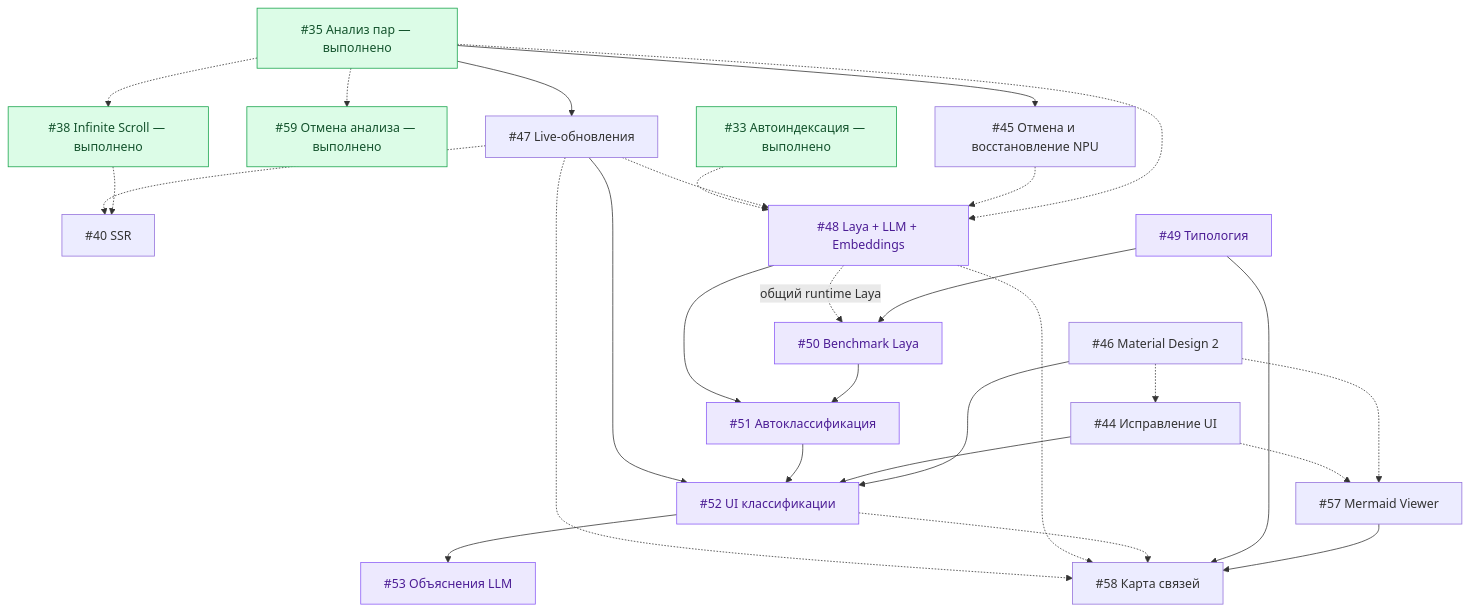
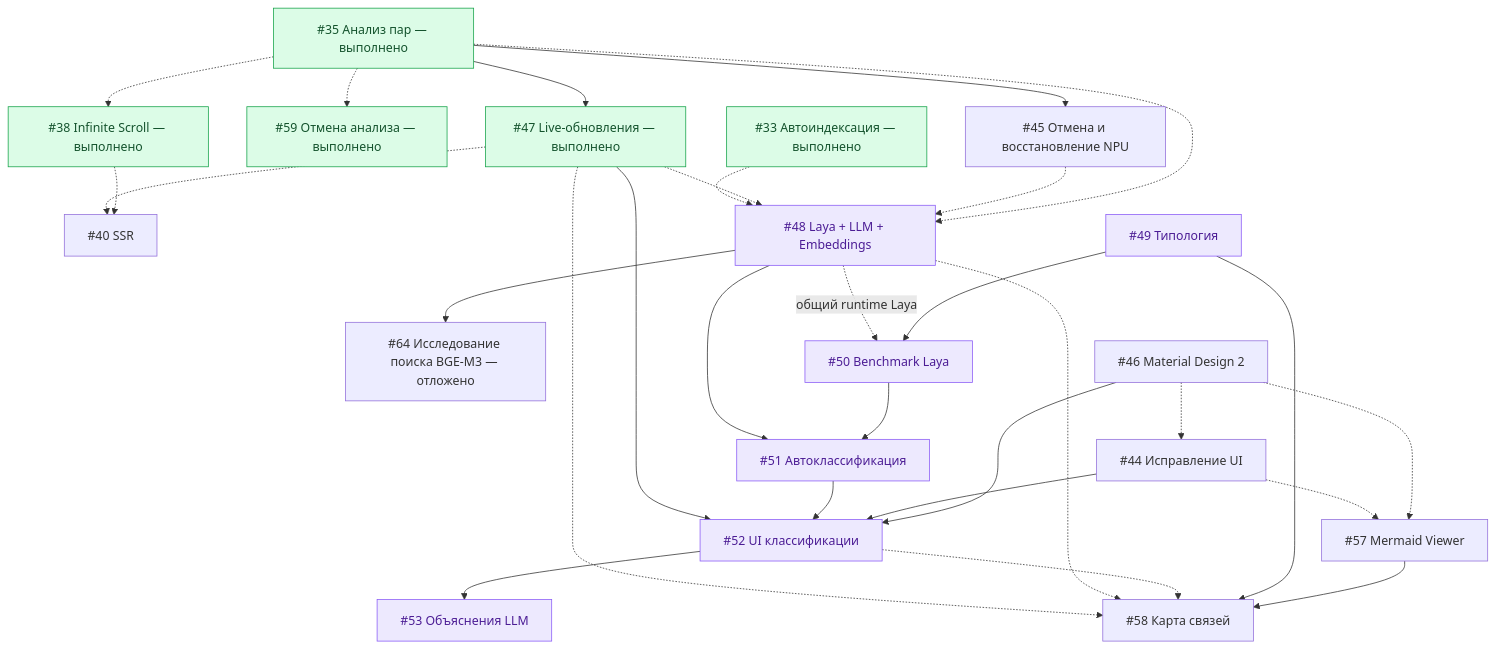
One commit to VolkovDani/project-creator changed the diagram in GOAL.md. Above: the diagram before and after it, drawn with Mermaid. The commit also changed other lines of this file, not shown here.

Commit message:
docs: sync roadmap with completed live updates and deferred search research

````diff
--- a/GOAL.md
+++ b/GOAL.md
@@ -205,44 +215,45 @@
 ```mermaid
 flowchart TD
     A["#35 Анализ пар — выполнено"]
     A --> B["#45 Отмена и восстановление NPU"]
     A -.-> S["#59 Отмена анализа — выполнено"]
-    A --> D["#47 Live-обновления"]
+    A --> D["#47 Live-обновления — выполнено"]
     A -.-> G["#38 Infinite Scroll — выполнено"]
 
     G -.-> H["#40 SSR"]
     D -.-> H
 
     F["#33 Автоиндексация — выполнено"]
 
     A -.-> I["#48 Laya + LLM + Embeddings"]
     B -.-> I
     D -.-> I
     F -.-> I
+    I --> T["#64 Исследование поиска BGE-M3 — отложено"]
 
     J["#49 Типология"] --> K["#50 Benchmark Laya"]
     I -.->|"общий runtime Laya"| K
     K --> L["#51 Автоклассификация"]
     I --> L
 
     M["#46 Material Design 2"] -.-> N["#44 Исправление UI"]
     M --> O["#52 UI классификации"]
     N --> O
     L --> O
     D --> O
 
     O --> P["#53 Объяснения LLM"]
 
     Q["#57 Mermaid Viewer"] --> R["#58 Карта связей"]
     J --> R
     O -.-> R
     I -.-> R
     D -.-> R
     M -.-> Q
     N -.-> Q
 
     classDef main fill:#dcfce7,stroke:#16a34a,color:#14532d
     classDef ai fill:#ede9fe,stroke:#8b5cf6,color:#4c1d95
-    class A,G,F,S main
+    class A,G,F,S,D main
     class I,J,K,L,O,P ai
 ```
````
